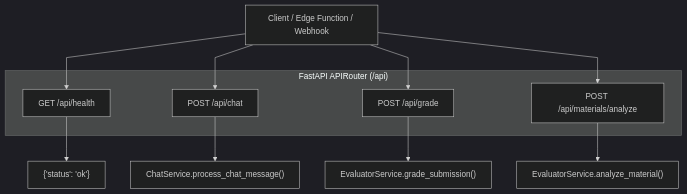
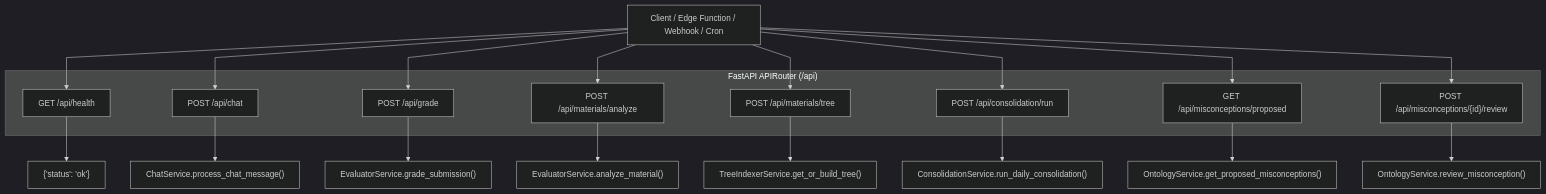
Before and after one commit to VictorBravo9er/Teacher-Assistant-Workspace: the first of 3 diagrams in docs/systems/backend_service.md, drawn with Mermaid (dark theme). The commit also changed other lines of this file and 11 other files, not shown here.

Commit message:
docs(knowledge-store): synchronize macro and micro documentation for dual-engine knowledge architecture

````diff
--- a/docs/systems/backend_service.md
+++ b/docs/systems/backend_service.md
@@ -38,22 +41,34 @@
 ```mermaid
 %%{init: {'flowchart': {'curve': 'linear'}}}%%
 flowchart TD
-    Client["Client / Edge Function / Webhook"]
+    Client["Client / Edge Function / Webhook / Cron"]
 
     subgraph FastAPIRouter["FastAPI APIRouter (/api)"]
         HealthRoute["GET /api/health"]
         ChatRoute["POST /api/chat"]
         GradeRoute["POST /api/grade"]
         AnalyzeRoute["POST /api/materials/analyze"]
+        TreeRoute["POST /api/materials/tree"]
+        ConsolidateRoute["POST /api/consolidation/run"]
+        MisconceptionsRoute["GET /api/misconceptions/proposed"]
+        ReviewMisconceptionRoute["POST /api/misconceptions/{id}/review"]
     end
 
     Client --> HealthRoute
     Client --> ChatRoute
     Client --> GradeRoute
     Client --> AnalyzeRoute
+    Client --> TreeRoute
+    Client --> ConsolidateRoute
+    Client --> MisconceptionsRoute
+    Client --> ReviewMisconceptionRoute
 
     HealthRoute --> Status["{'status': 'ok'}"]
     ChatRoute --> ChatSvc["ChatService.process_chat_message()"]
     GradeRoute --> EvalSvcGrade["EvaluatorService.grade_submission()"]
     AnalyzeRoute --> EvalSvcMat["EvaluatorService.analyze_material()"]
+    TreeRoute --> TreeSvc["TreeIndexerService.get_or_build_tree()"]
+    ConsolidateRoute --> ConsolidateSvc["ConsolidationService.run_daily_consolidation()"]
+    MisconceptionsRoute --> OntoSvcList["OntologyService.get_proposed_misconceptions()"]
+    ReviewMisconceptionRoute --> OntoSvcRev["OntologyService.review_misconception()"]
 ```
````
